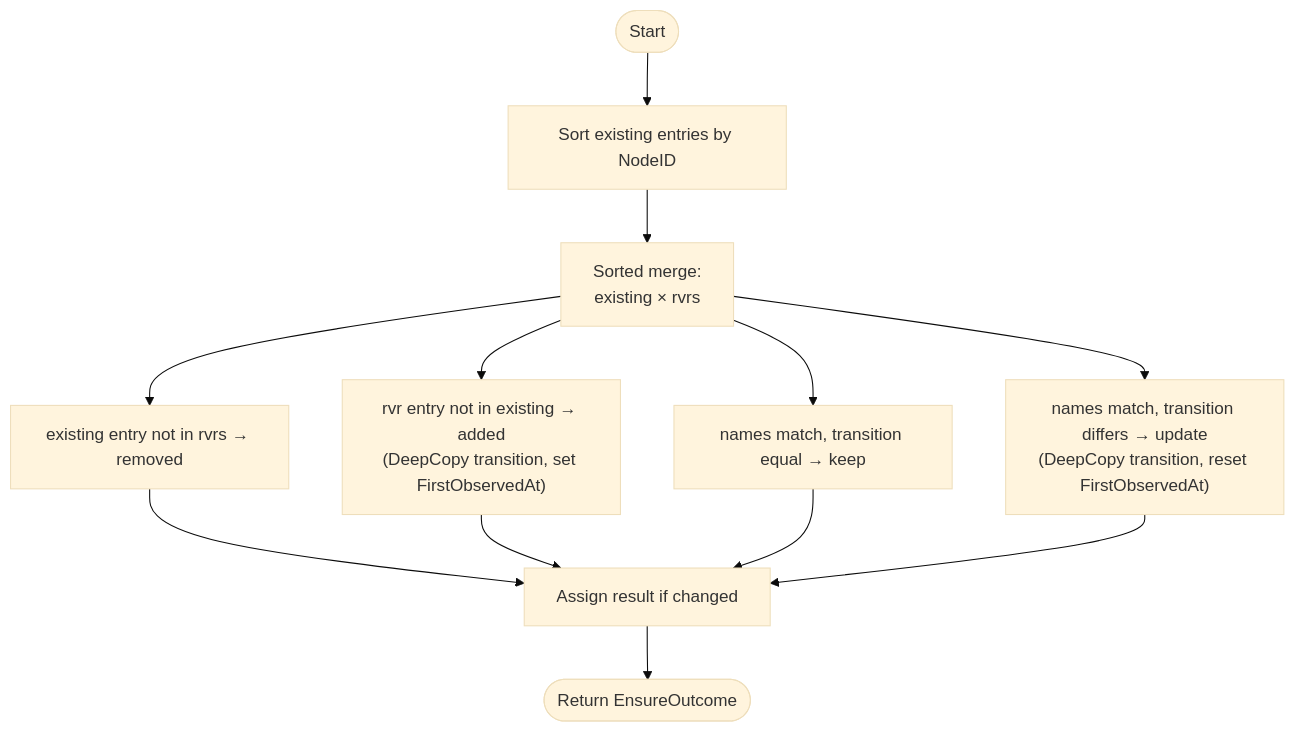
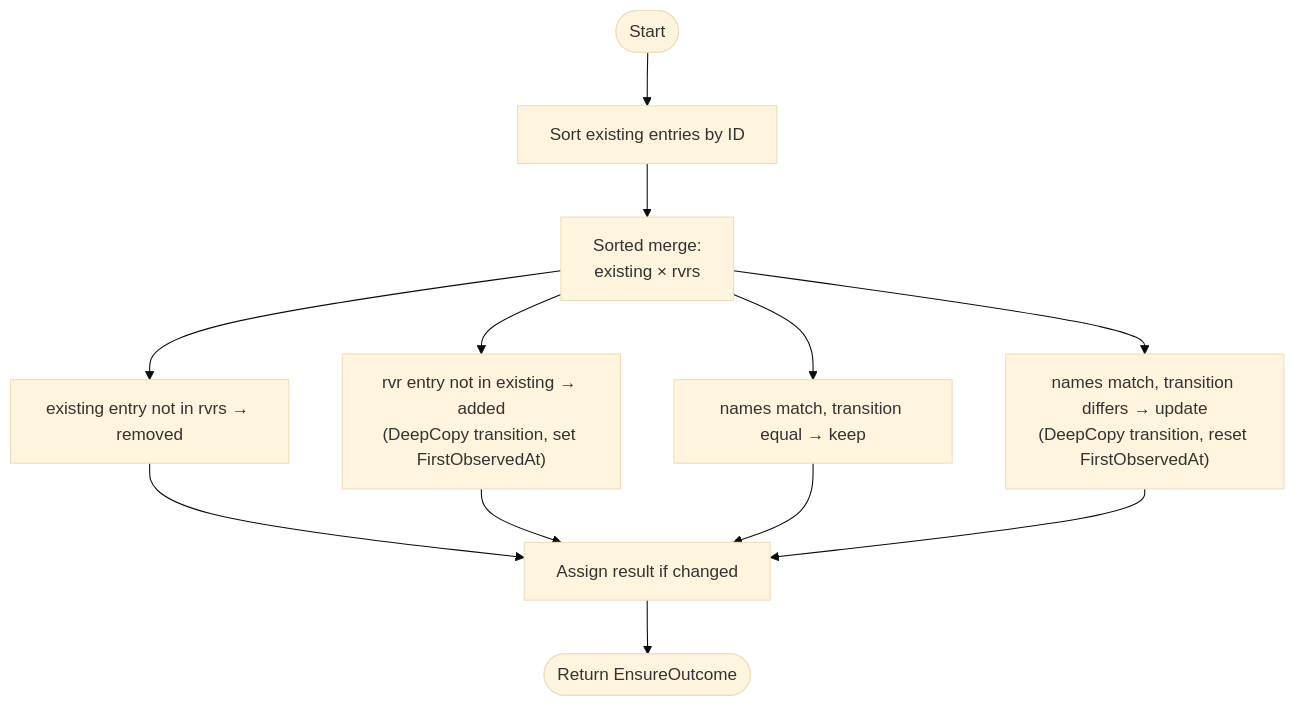
One commit to deckhouse/sds-replicated-volume changed the fourth of 8 diagrams in images/controller/internal/controllers/rv_controller/README.md. Above: the diagram before and after it, drawn with Mermaid (base theme). The commit also changed other lines of this file and 67 other files, not shown here.

First line of the commit message:
[controller,agent] Advance controller buildout; add debug flow logger

````diff
--- a/images/controller/internal/controllers/rv_controller/README.md
+++ b/images/controller/internal/controllers/rv_controller/README.md
@@ -311,17 +317,17 @@
 ```mermaid
 flowchart TD
-    Start([Start]) --> SortExisting[Sort existing entries by NodeID]
+    Start([Start]) --> SortExisting[Sort existing entries by ID]
     SortExisting --> Merge["Sorted merge:<br/>existing × rvrs"]
 
     Merge --> CaseRemoved["existing entry not in rvrs → removed"]
     Merge --> CaseAdded["rvr entry not in existing → added<br/>(DeepCopy transition, set FirstObservedAt)"]
     Merge --> CaseEqual["names match, transition equal → keep"]
     Merge --> CaseUpdated["names match, transition differs → update<br/>(DeepCopy transition, reset FirstObservedAt)"]
 
     CaseRemoved --> Result
     CaseAdded --> Result
     CaseEqual --> Result
     CaseUpdated --> Result
 
     Result[Assign result if changed] --> End([Return EnsureOutcome])
 ```
````
